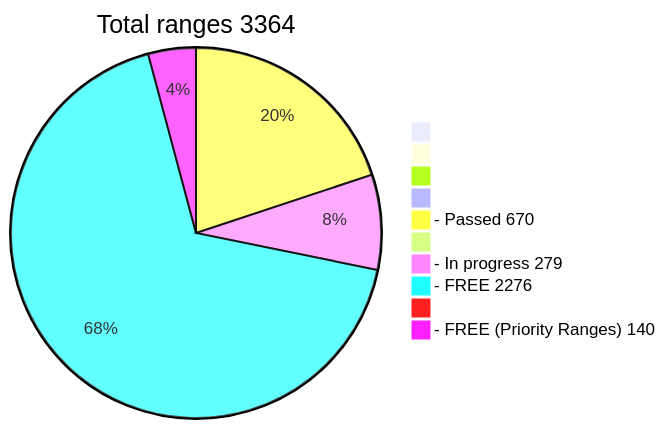
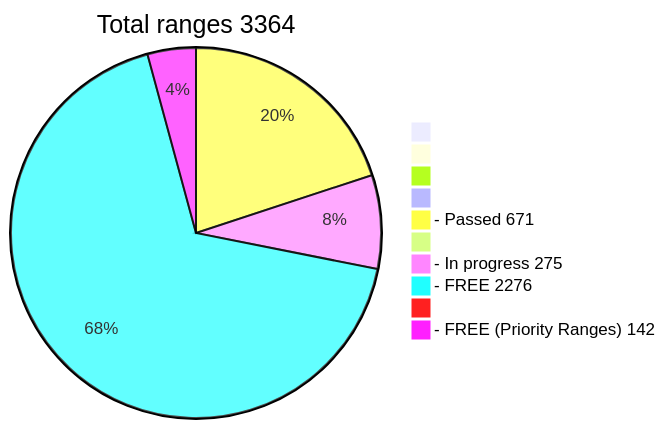
Before and after one commit to phrutis/wif500: the diagram in README.md, drawn with Mermaid.

````diff
--- a/README.md
+++ b/README.md
@@ -16,13 +16,13 @@
 ```mermaid
 pie title Total ranges 3364
              " " : 0
             "  " : 0
            "   " : 0
           "    " : 0
-  "- Passed 670" : 670
+  "- Passed 671" : 671
          "     " : 0
-  "- In progress 279" : 279
+  "- In progress 275" : 275
    "- FREE 2276" : 2276
         "      " : 0
-  "- FREE (Priority Ranges) 140" : 140
+  "- FREE (Priority Ranges) 142" : 142
 ```
````
